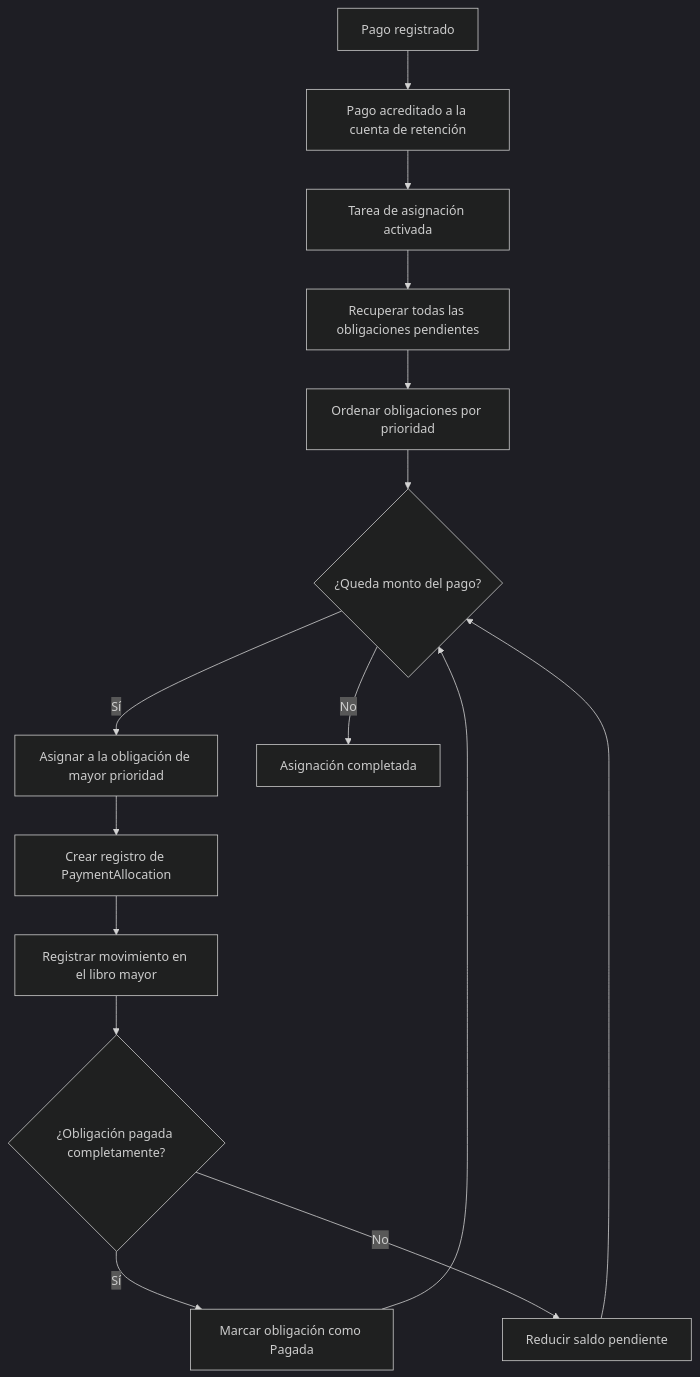
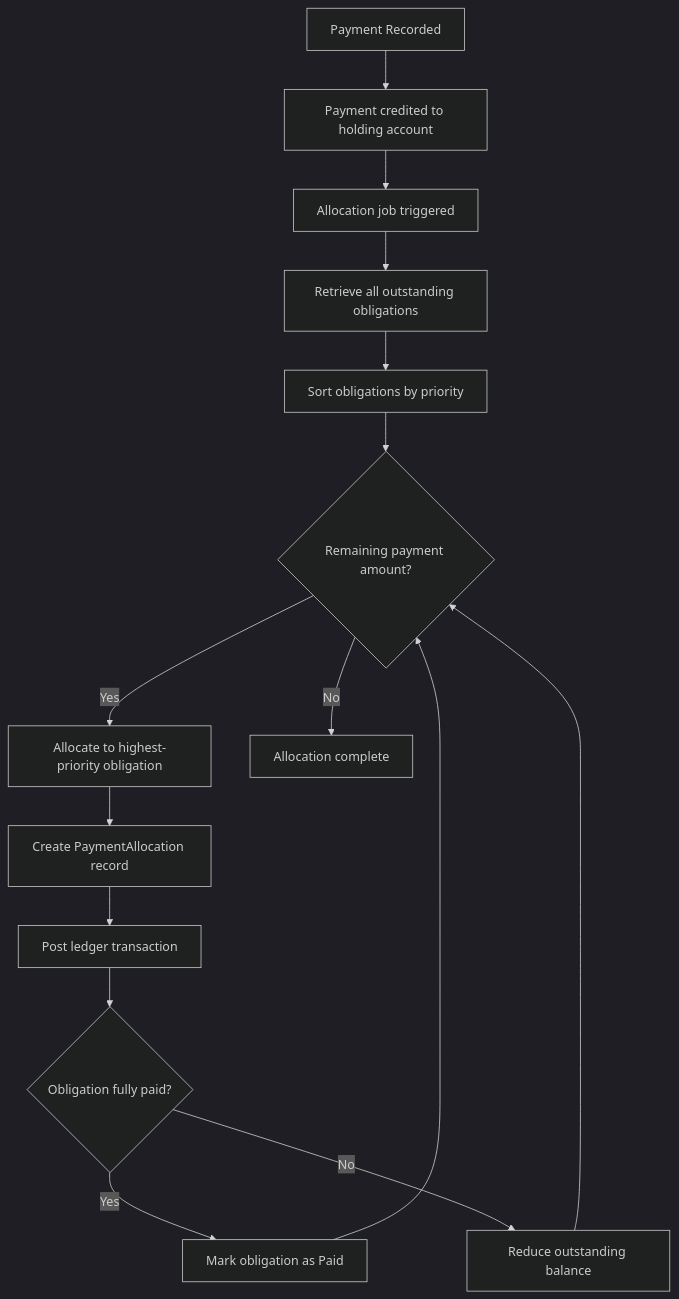
The diagram in docs-site/i18n/es/docusaurus-plugin-content-docs/current/technical-documentation/credit/payment.md (GaloyMoney/lana-bank), drawn with Mermaid (dark theme) before and after one commit. The commit also changed other lines of this file and 76 other files, not shown here.

````diff
--- a/docs-site/i18n/es/docusaurus-plugin-content-docs/current/technical-documentation/credit/payment.md
+++ b/docs-site/i18n/es/docusaurus-plugin-content-docs/current/technical-documentation/credit/payment.md
@@ -17,17 +15,17 @@
 ```mermaid
 flowchart TD
-    A[Pago registrado] --> B[Pago acreditado a la cuenta de retención]
-    B --> C[Tarea de asignación activada]
-    C --> D[Recuperar todas las obligaciones pendientes]
-    D --> E[Ordenar obligaciones por prioridad]
-    E --> F{¿Queda monto del pago?}
-    F -->|Sí| G[Asignar a la obligación de mayor prioridad]
-    G --> H[Crear registro de PaymentAllocation]
-    H --> I[Registrar movimiento en el libro mayor]
-    I --> J{¿Obligación pagada completamente?}
-    J -->|Sí| K[Marcar obligación como Pagada]
-    J -->|No| L[Reducir saldo pendiente]
+    A[Payment Recorded] --> B[Payment credited to holding account]
+    B --> C[Allocation job triggered]
+    C --> D[Retrieve all outstanding obligations]
+    D --> E[Sort obligations by priority]
+    E --> F{Remaining payment amount?}
+    F -->|Yes| G[Allocate to highest-priority obligation]
+    G --> H[Create PaymentAllocation record]
+    H --> I[Post ledger transaction]
+    I --> J{Obligation fully paid?}
+    J -->|Yes| K[Mark obligation as Paid]
+    J -->|No| L[Reduce outstanding balance]
     K --> F
     L --> F
-    F -->|No| M[Asignación completada]
+    F -->|No| M[Allocation complete]
 ```
````
